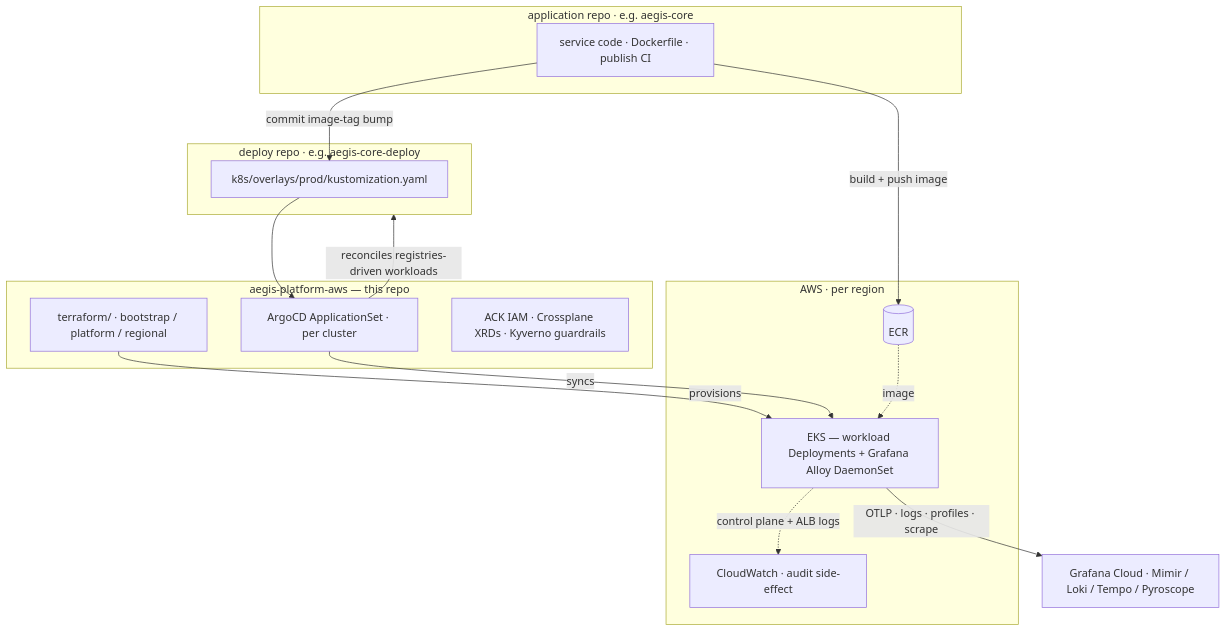
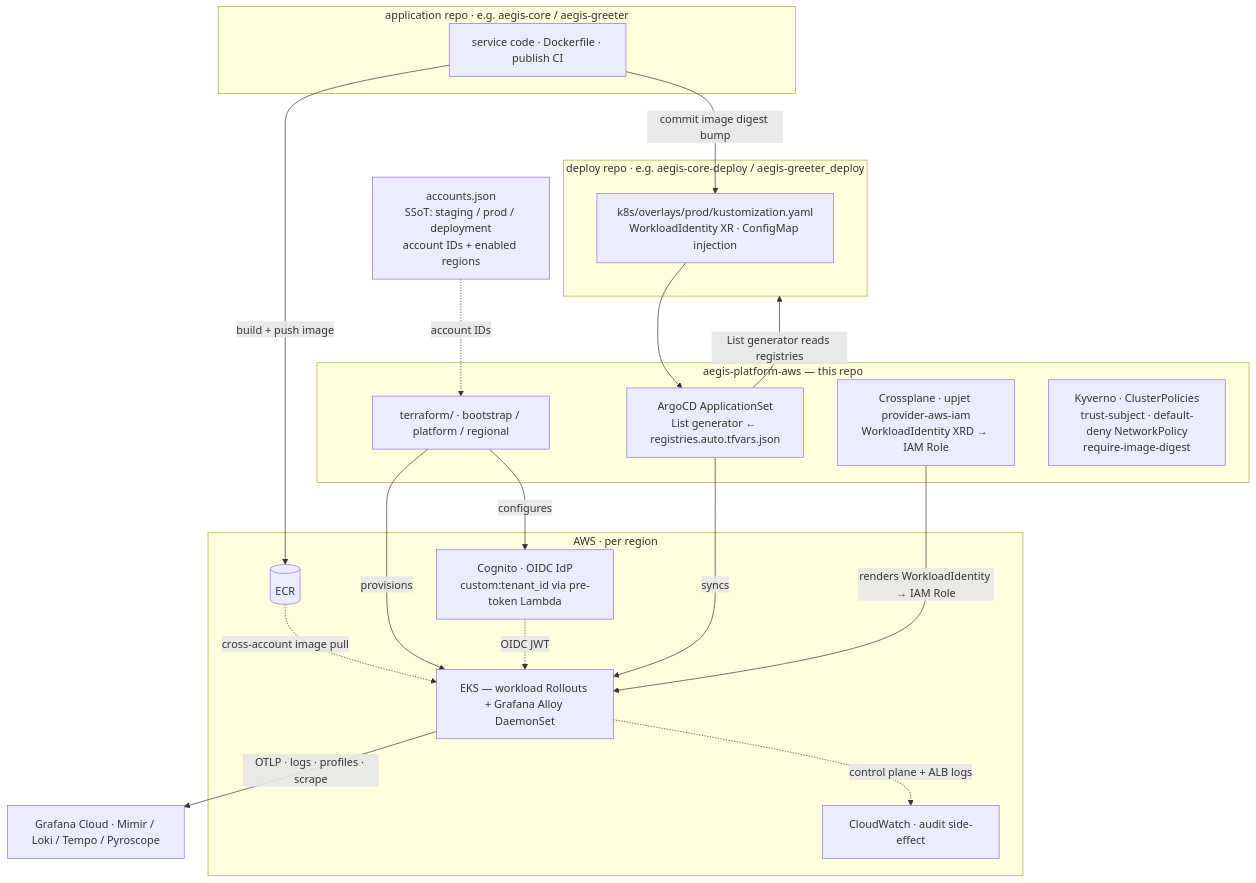
Before and after one commit to BinHsu/aegis-platform-aws: the second of 6 diagrams in README.md, drawn with Mermaid. The commit also changed other lines of this file and 3 other files, not shown here.

````diff
--- a/README.md
+++ b/README.md
@@ -71,30 +81,37 @@
 ```mermaid
 flowchart TB
-    subgraph app_repo["application repo · e.g. aegis-core"]
+    subgraph app_repo["application repo · e.g. aegis-core / aegis-greeter"]
         app["service code · Dockerfile · publish CI"]
     end
-    subgraph deploy_repo["deploy repo · e.g. aegis-core-deploy"]
-        kust["k8s/overlays/prod/kustomization.yaml"]
+    subgraph deploy_repo["deploy repo · e.g. aegis-core-deploy / aegis-greeter_deploy"]
+        kust["k8s/overlays/prod/kustomization.yaml\nWorkloadIdentity XR · ConfigMap injection"]
     end
     subgraph this_repo["aegis-platform-aws — this repo"]
         tf["terraform/ · bootstrap / platform / regional"]
-        argocd["ArgoCD ApplicationSet · per cluster"]
-        ack["ACK IAM · Crossplane XRDs · Kyverno guardrails"]
+        argocd["ArgoCD ApplicationSet\nList generator ← registries.auto.tfvars.json"]
+        xp["Crossplane · upjet provider-aws-iam\nWorkloadIdentity XRD → IAM Role"]
+        kyverno["Kyverno · ClusterPolicies\ntrust-subject · default-deny NetworkPolicy\nrequire-image-digest"]
     end
     subgraph aws["AWS · per region"]
-        eks["EKS — workload Deployments + Grafana Alloy DaemonSet"]
+        eks["EKS — workload Rollouts + Grafana Alloy DaemonSet"]
         ecr[("ECR")]
+        cognito["Cognito · OIDC IdP\ncustom:tenant_id via pre-token Lambda"]
         cw["CloudWatch · audit side-effect"]
     end
+    accounts["accounts.json\nSSoT: staging / prod / deployment\naccount IDs + enabled regions"]
     gc["Grafana Cloud · Mimir / Loki / Tempo / Pyroscope"]
 
     app -->|build + push image| ecr
-    app -->|commit image-tag bump| kust
+    app -->|commit image digest bump| kust
+    accounts -.account IDs.-> tf
     tf -->|provisions| eks
-    argocd -->|reconciles registries-driven workloads| deploy_repo
+    tf -->|configures| cognito
+    argocd -->|List generator reads registries| deploy_repo
     kust --> argocd
     argocd -->|syncs| eks
-    ecr -.image.-> eks
+    xp -->|renders WorkloadIdentity → IAM Role| eks
+    ecr -.cross-account image pull.-> eks
+    cognito -.OIDC JWT.-> eks
     eks -->|OTLP · logs · profiles · scrape| gc
     eks -.control plane + ALB logs.-> cw
 ```
````
